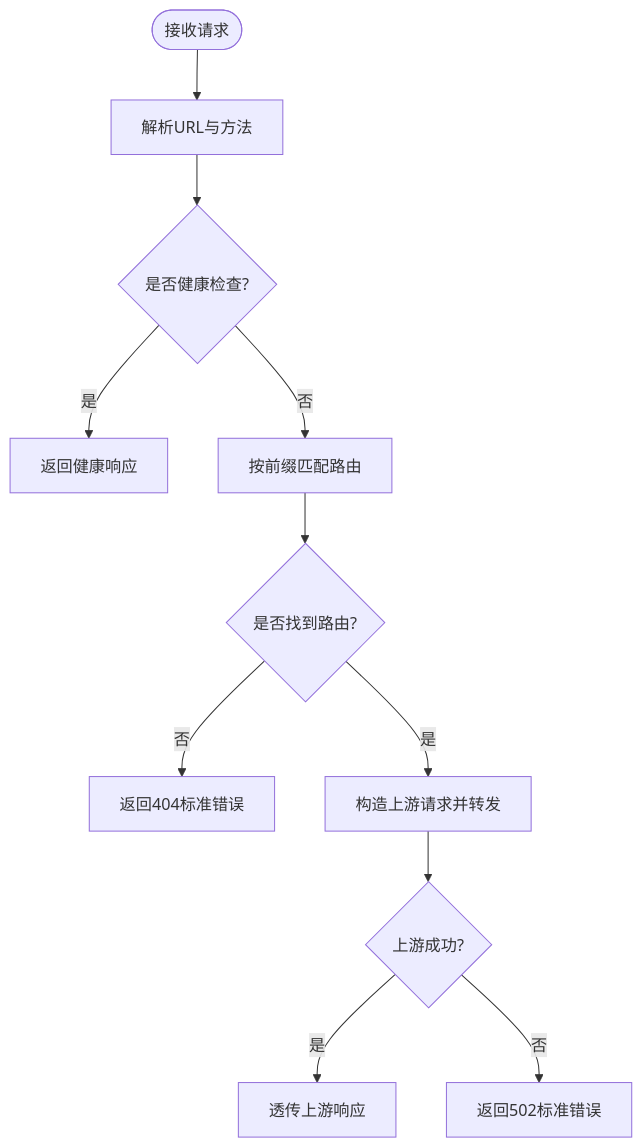
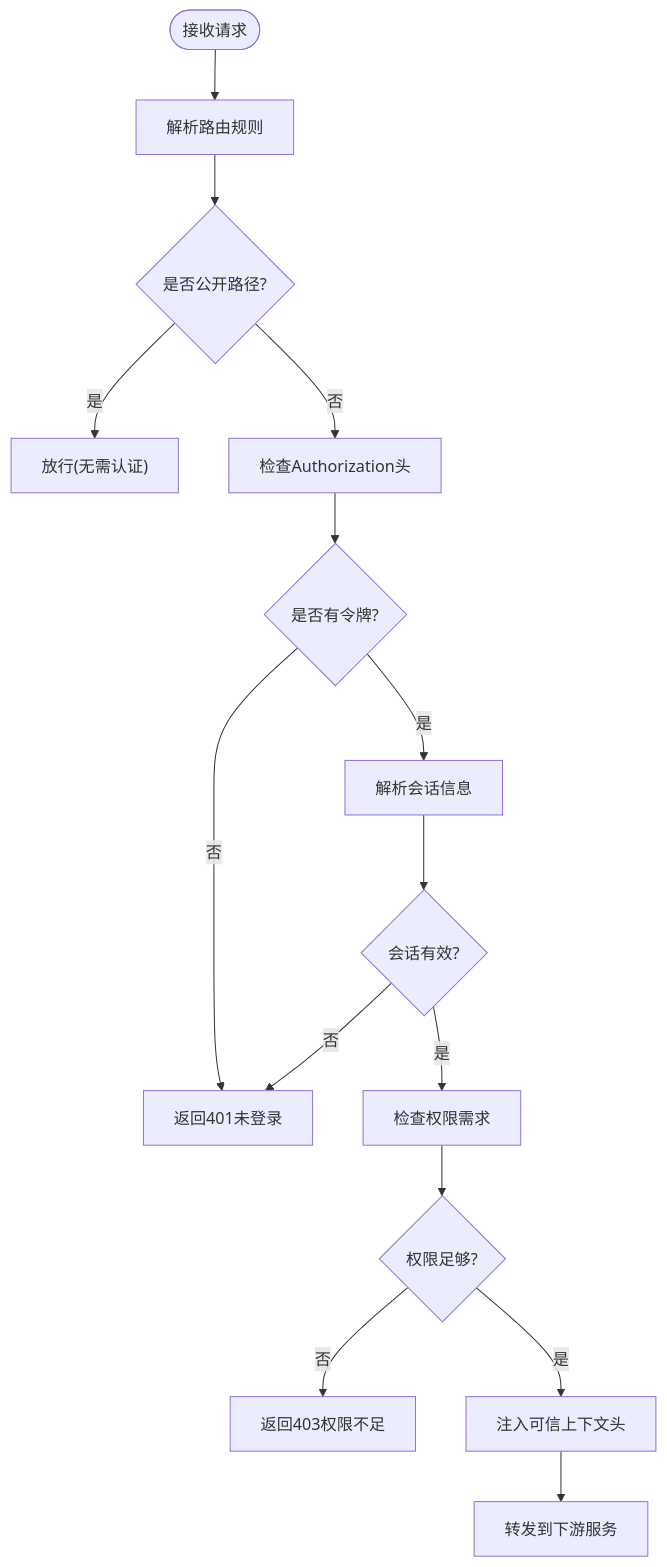
The third of 5 diagrams in .qoder/repowiki/zh/content/架构设计/安全架构.md (q446328246/agri-platform), drawn with Mermaid before and after one commit. The commit also changed other lines of this file and 84 other files, not shown here.

````diff
--- a/.qoder/repowiki/zh/content/架构设计/安全架构.md
+++ b/.qoder/repowiki/zh/content/架构设计/安全架构.md
@@ -93,13 +126,17 @@
 ```mermaid
 flowchart TD
-Start(["接收请求"]) --> Parse["解析URL与方法"]
-Parse --> Health{"是否健康检查?"}
-Health --> |是| ReturnHealth["返回健康响应"]
-Health --> |否| Match["按前缀匹配路由"]
-Match --> Found{"是否找到路由?"}
-Found --> |否| Return404["返回404标准错误"]
-Found --> |是| Forward["构造上游请求并转发"]
-Forward --> UpstreamOK{"上游成功?"}
-UpstreamOK --> |是| ReturnUpstream["透传上游响应"]
-UpstreamOK --> |否| Return502["返回502标准错误"]
+Start(["接收请求"]) --> Parse["解析路由规则"]
+Parse --> Public{"是否公开路径?"}
+Public --> |是| AllowPublic["放行(无需认证)"]
+Public --> |否| CheckToken["检查Authorization头"]
+CheckToken --> HasToken{"是否有令牌?"}
+HasToken --> |否| Return401["返回401未登录"]
+HasToken --> |是| ResolveSession["解析会话信息"]
+ResolveSession --> SessionOK{"会话有效?"}
+SessionOK --> |否| Return401
+SessionOK --> |是| CheckPermission["检查权限需求"]
+CheckPermission --> PermissionOK{"权限足够?"}
+PermissionOK --> |否| Return403["返回403权限不足"]
+PermissionOK --> |是| InjectContext["注入可信上下文头"]
+InjectContext --> Forward["转发到下游服务"]
 ```
````
